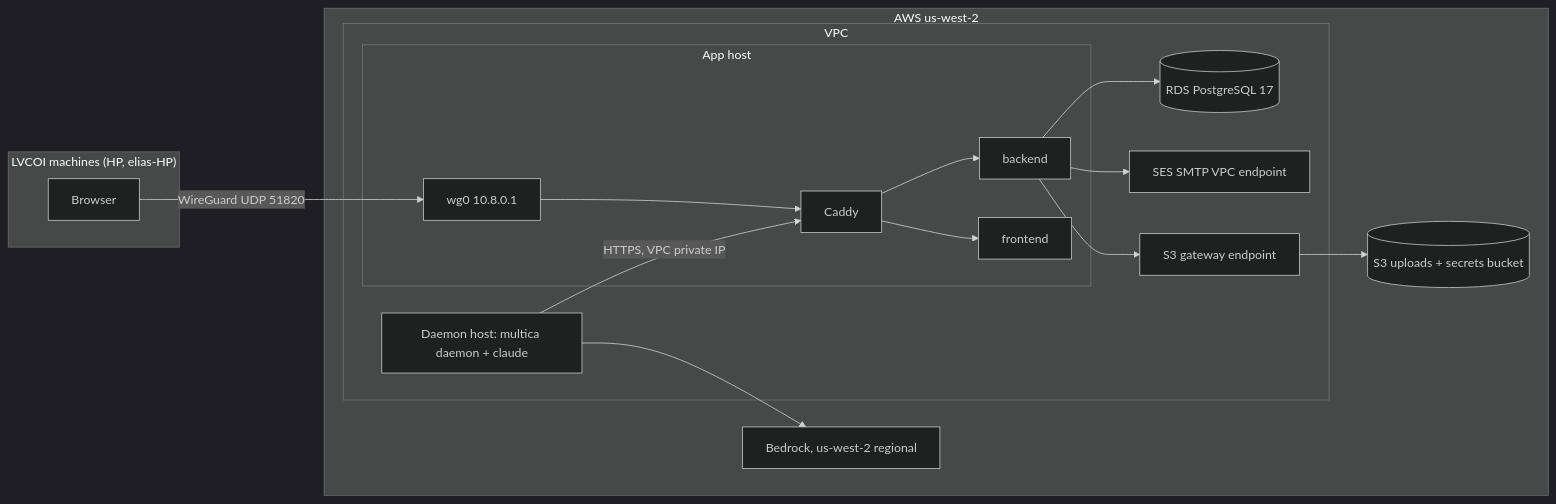
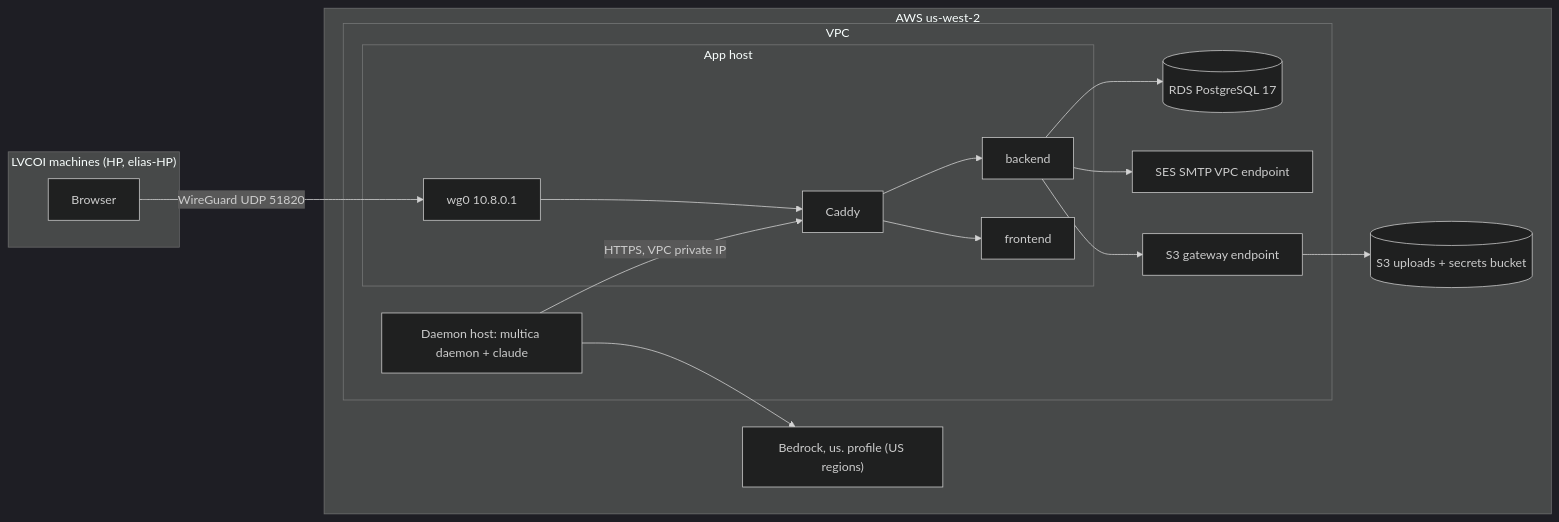
Before and after one commit to lvcoi/multica: the diagram in docs/multicle/adr-001-us-hosting.md, drawn with Mermaid (dark theme). The commit also changed other lines of this file, not shown here.

````diff
--- a/docs/multicle/adr-001-us-hosting.md
+++ b/docs/multicle/adr-001-us-hosting.md
@@ -106,31 +106,31 @@
 ```mermaid
 flowchart LR
   subgraph LVCOI["LVCOI machines (HP, elias-HP)"]
     B[Browser]
   end
   subgraph AWS["AWS us-west-2"]
     subgraph VPC
       subgraph EC2["App host"]
         WG[wg0 10.8.0.1]
         C[Caddy]
         BE[backend]
         FE[frontend]
       end
       DH["Daemon host: multica daemon + claude"]
       RDS[("RDS PostgreSQL 17")]
       SESVPCE[SES SMTP VPC endpoint]
       S3GW[S3 gateway endpoint]
     end
     S3[("S3 uploads + secrets bucket")]
-    BR[Bedrock, us-west-2 regional]
+    BR["Bedrock, us. profile (US regions)"]
   end
   B -- "WireGuard UDP 51820" --> WG
   WG --> C
   DH -- "HTTPS, VPC private IP" --> C
   C --> FE
   C --> BE
   BE --> RDS
   BE --> SESVPCE
   BE --> S3GW --> S3
   DH --> BR
 ```
````
